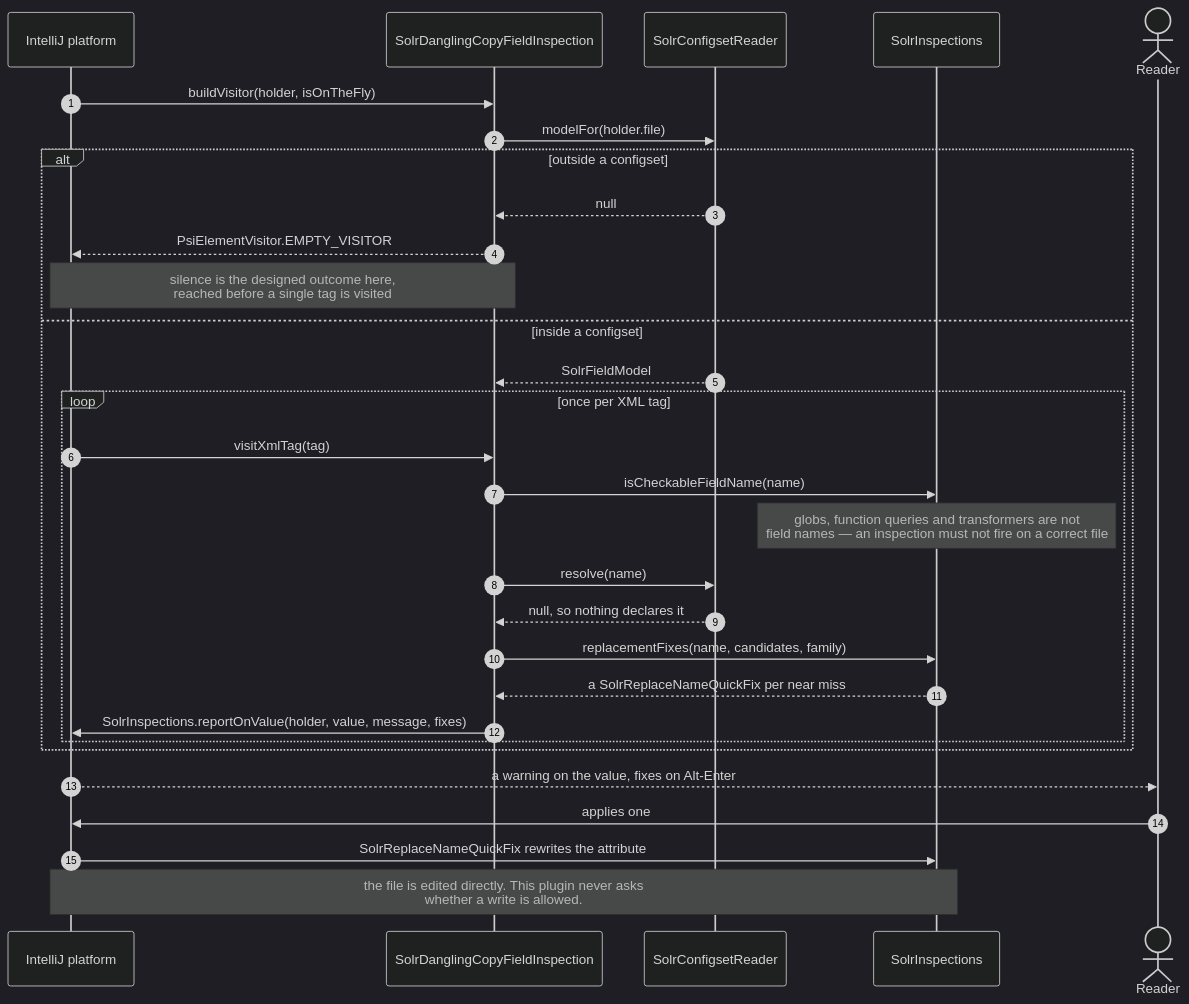
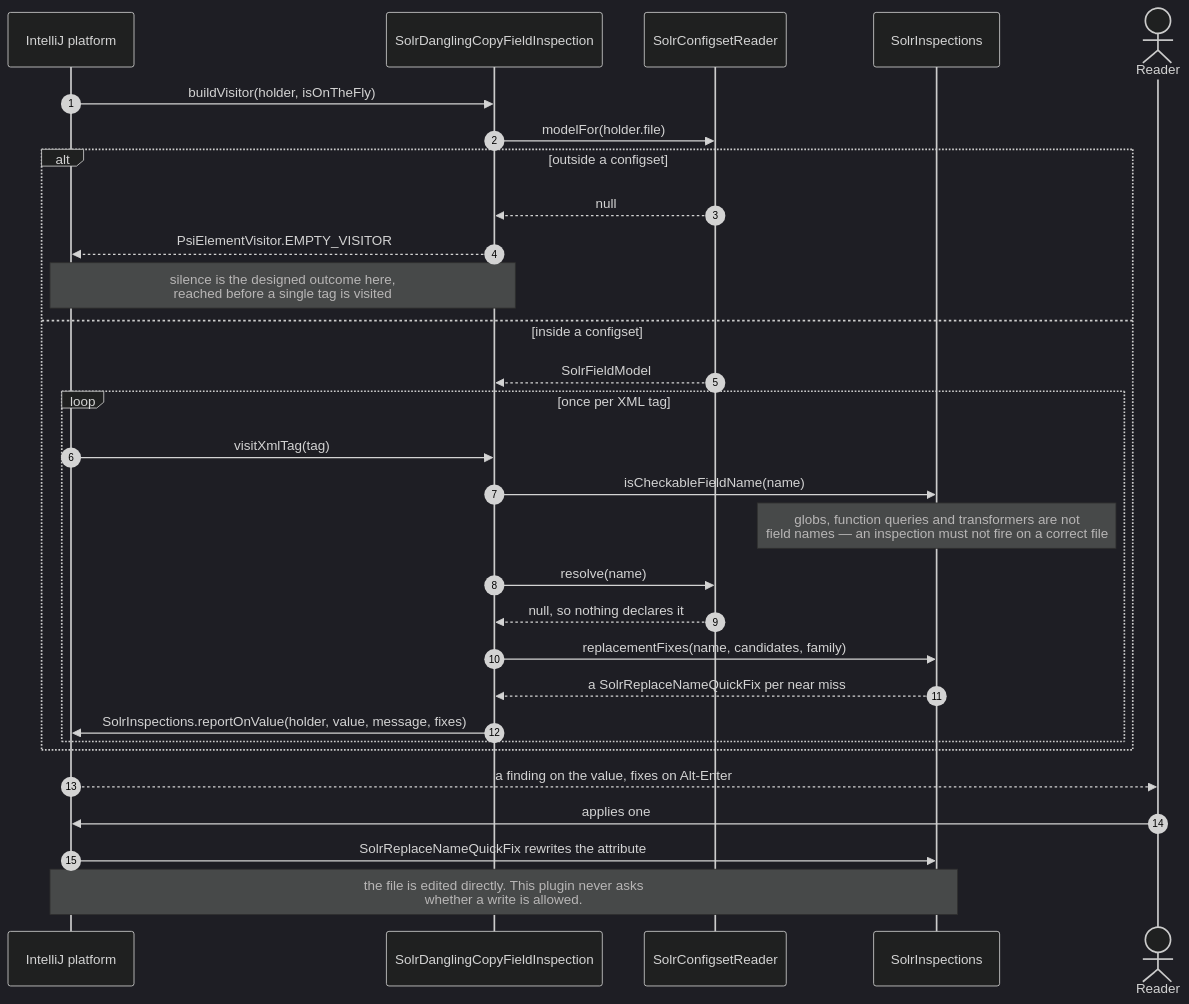
Before and after one commit to adityamparikh/solr-intellij-plugin: the diagram in docs/how-to/add-an-editor-feature.md, drawn with Mermaid (dark theme). The commit also changed other lines of this file and 6 other files, not shown here.

````diff
--- a/docs/how-to/add-an-editor-feature.md
+++ b/docs/how-to/add-an-editor-feature.md
@@ -30,35 +22,35 @@
 ```mermaid
 sequenceDiagram
     autonumber
     participant IDE as IntelliJ platform
     participant Inspection as SolrDanglingCopyFieldInspection
     participant Model as SolrConfigsetReader
     participant Helpers as SolrInspections
     actor Reader
 
     IDE->>Inspection: buildVisitor(holder, isOnTheFly)
     Inspection->>Model: modelFor(holder.file)
 
     alt outside a configset
         Model-->>Inspection: null
         Inspection-->>IDE: PsiElementVisitor.EMPTY_VISITOR
         Note over Inspection,IDE: silence is the designed outcome here,<br/>reached before a single tag is visited
     else inside a configset
         Model-->>Inspection: SolrFieldModel
         loop once per XML tag
             IDE->>Inspection: visitXmlTag(tag)
             Inspection->>Helpers: isCheckableFieldName(name)
             Note over Helpers: globs, function queries and transformers are not<br/>field names — an inspection must not fire on a correct file
             Inspection->>Model: resolve(name)
             Model-->>Inspection: null, so nothing declares it
             Inspection->>Helpers: replacementFixes(name, candidates, family)
             Helpers-->>Inspection: a SolrReplaceNameQuickFix per near miss
             Inspection->>IDE: SolrInspections.reportOnValue(holder, value, message, fixes)
         end
     end
 
-    IDE-->>Reader: a warning on the value, fixes on Alt-Enter
+    IDE-->>Reader: a finding on the value, fixes on Alt-Enter
     Reader->>IDE: applies one
     IDE->>Helpers: SolrReplaceNameQuickFix rewrites the attribute
     Note over IDE,Helpers: the file is edited directly. This plugin never asks<br/>whether a write is allowed.
 ```
````
